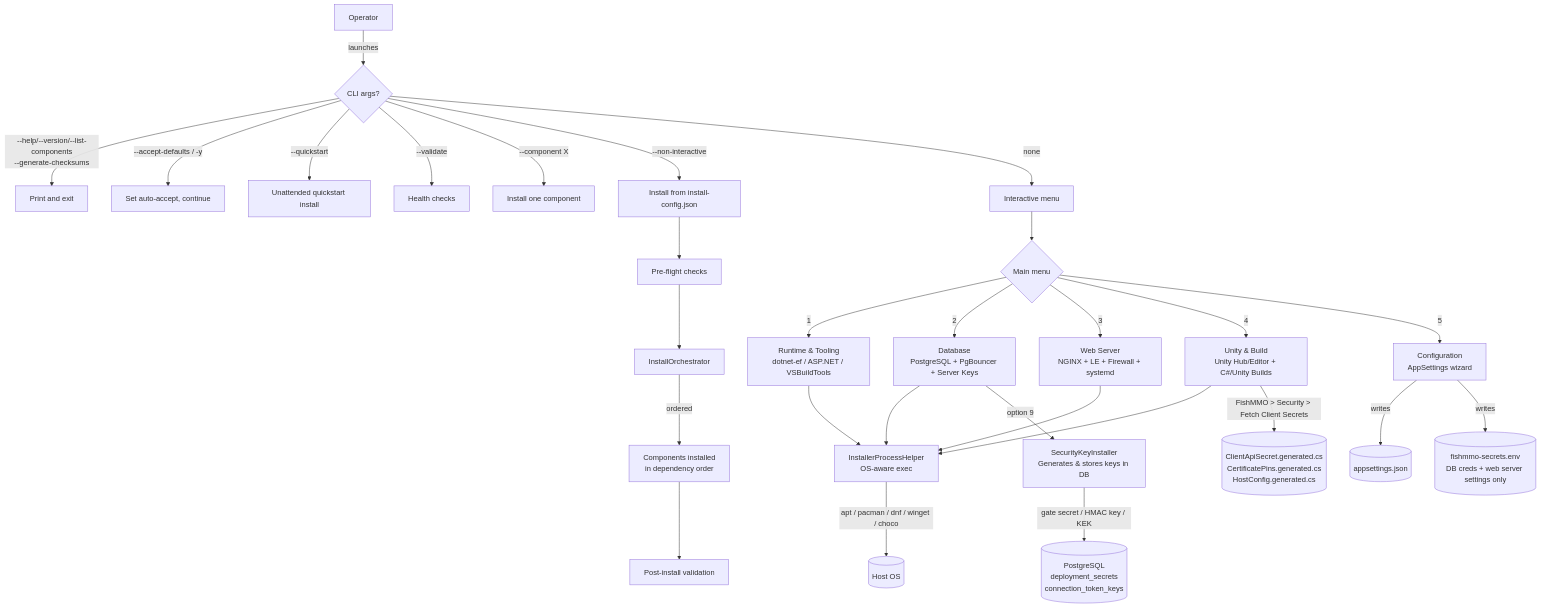
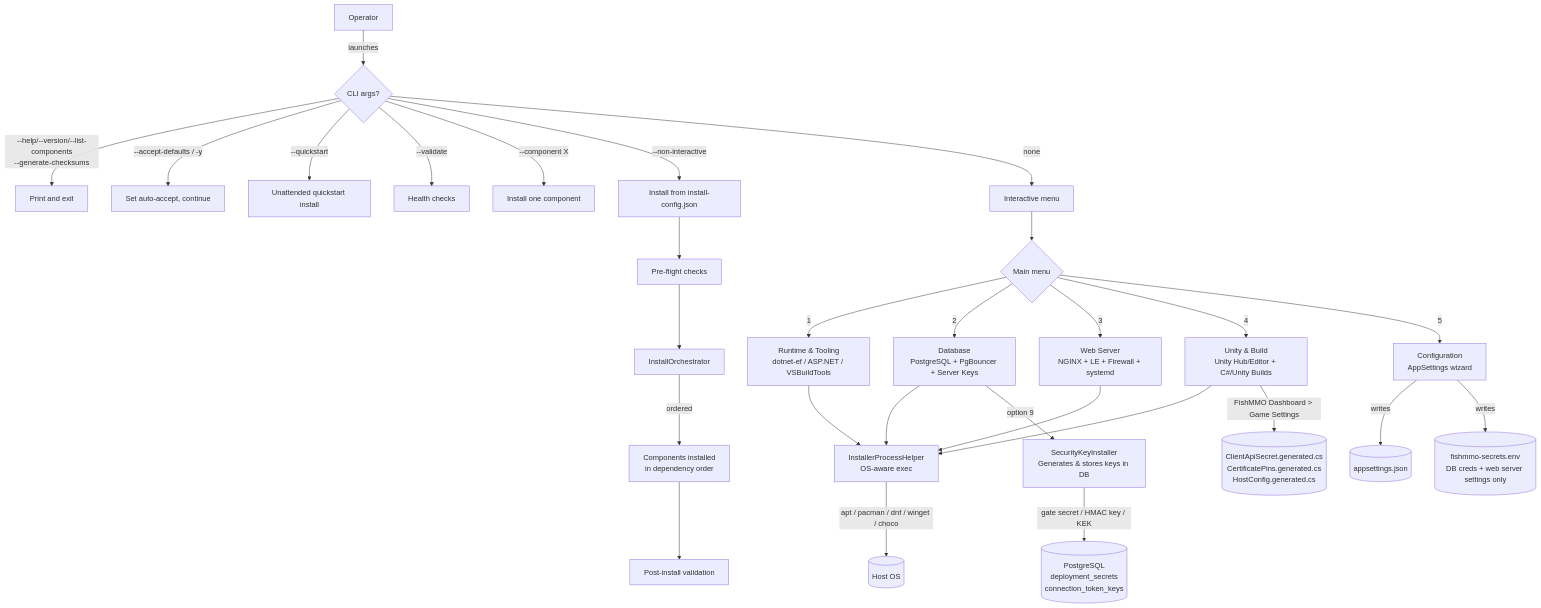
Before and after one commit to jimdroberts/FishMMO: the diagram in FishMMO-Installer/README.MD, drawn with Mermaid. The commit also changed other lines of this file and 29 other files, not shown here.

Commit message:
FishMMO Update

````diff
--- a/FishMMO-Installer/README.MD
+++ b/FishMMO-Installer/README.MD
@@ -821,31 +833,31 @@
 ```mermaid
 flowchart TD
     User[Operator] -->|launches| CLI{CLI args?}
     CLI -->|--help/--version/--list-components<br/>--generate-checksums| Help[Print and exit]
     CLI -->|--accept-defaults / -y| Accept[Set auto-accept, continue]
     CLI -->|--quickstart| Quickstart[Unattended quickstart install]
     CLI -->|--validate| Validate[Health checks]
     CLI -->|--component X| Single[Install one component]
     CLI -->|--non-interactive| Manifest[Install from install-config.json]
     CLI -->|none| App[Interactive menu]
     App --> Menu{Main menu}
     Menu -->|1| Runtime[Runtime & Tooling<br/>dotnet-ef / ASP.NET / VSBuildTools]
     Menu -->|2| DB[Database<br/>PostgreSQL + PgBouncer + Server Keys]
     Menu -->|3| Web[Web Server<br/>NGINX + LE + Firewall + systemd]
     Menu -->|4| Unity[Unity & Build<br/>Unity Hub/Editor + C#/Unity Builds]
     Menu -->|5| Cfg[Configuration<br/>AppSettings wizard]
     Runtime --> Helper[InstallerProcessHelper<br/>OS-aware exec]
     DB --> Helper
     DB -->|option 9| Keys[SecurityKeyInstaller<br/>Generates & stores keys in DB]
     Keys -->|gate secret / HMAC key / KEK| DBSecrets[(PostgreSQL<br/>deployment_secrets<br/>connection_token_keys)]
     Web --> Helper
     Unity --> Helper
     Helper -->|apt / pacman / dnf / winget / choco| OS[(Host OS)]
     Cfg -->|writes| Settings[(appsettings.json)]
     Cfg -->|writes| Secrets[(fishmmo-secrets.env<br/>DB creds + web server settings only)]
-    Unity -->|FishMMO > Security > Fetch Client Secrets| ClientFiles[(ClientApiSecret.generated.cs<br/>CertificatePins.generated.cs<br/>HostConfig.generated.cs)]
+    Unity -->|FishMMO Dashboard > Game Settings| ClientFiles[(ClientApiSecret.generated.cs<br/>CertificatePins.generated.cs<br/>HostConfig.generated.cs)]
     Manifest --> PreFlight[Pre-flight checks]
     PreFlight --> Orchestrator[InstallOrchestrator]
     Orchestrator -->|ordered| Components[Components installed<br/>in dependency order]
     Components --> Verify[Post-install validation]
 ```
````
